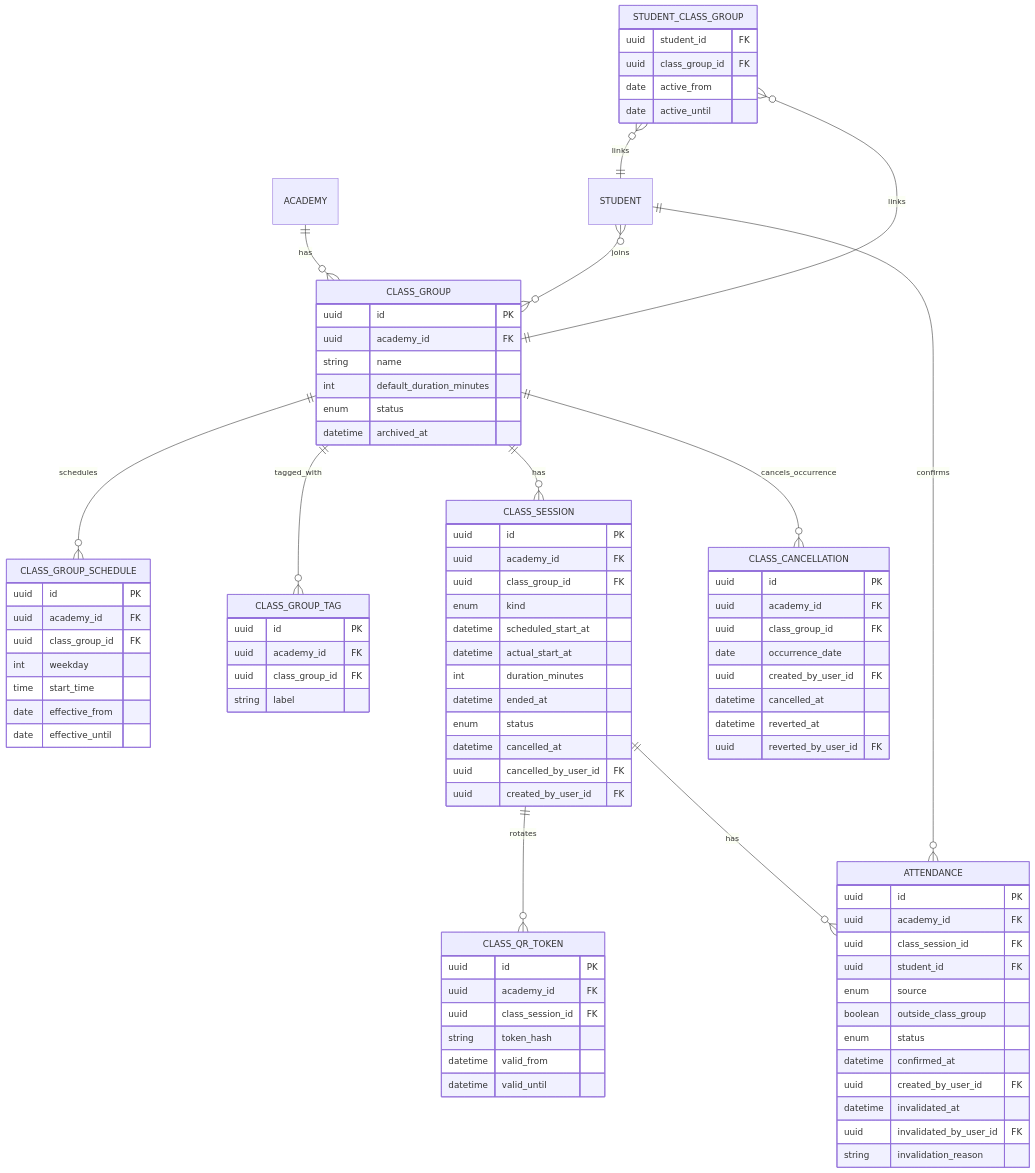
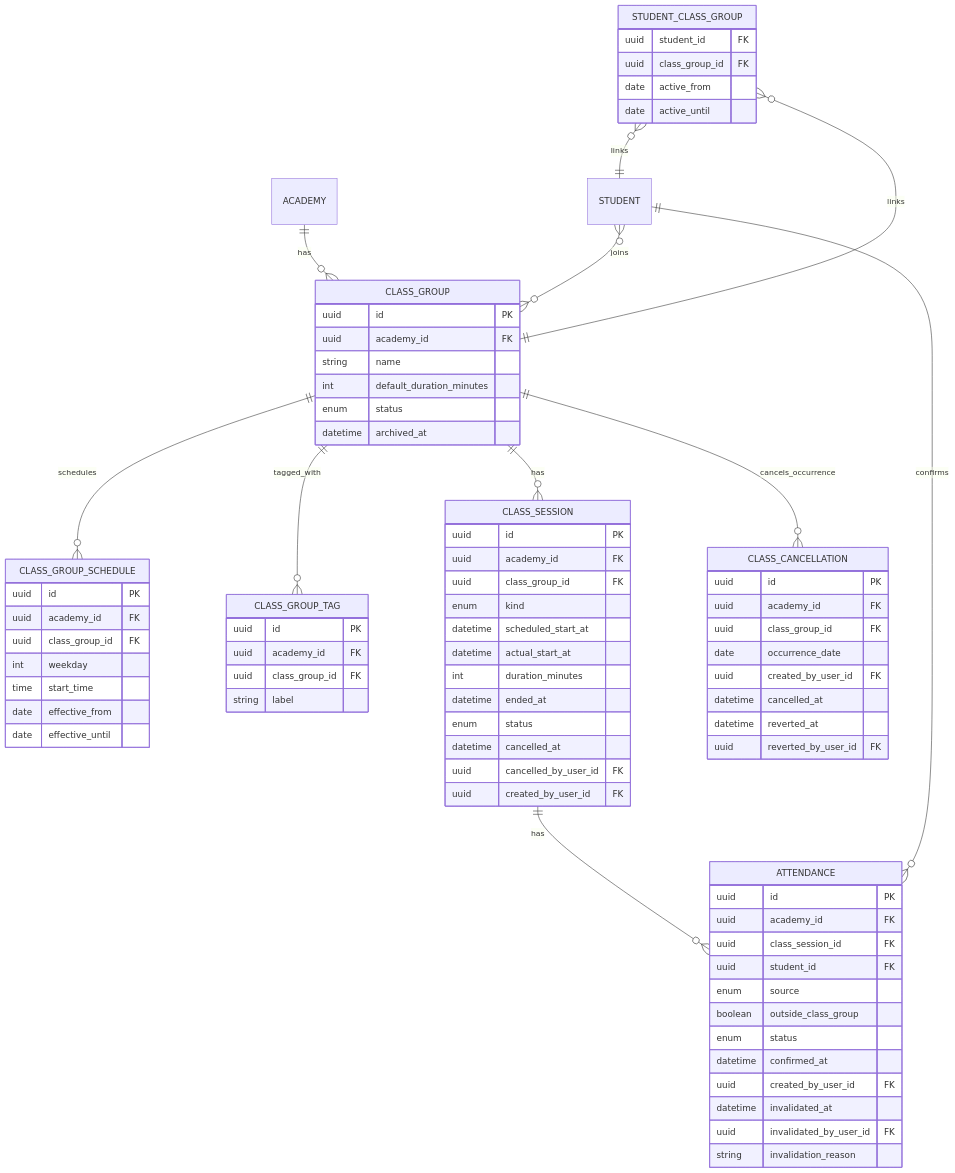
Before and after one commit to marcosgenesis/tatamiq: the third of 13 diagrams in docs/architecture/diagrams-v0.md, drawn with Mermaid. The commit also changed other lines of this file and 5 other files, not shown here.

````diff
--- a/docs/architecture/diagrams-v0.md
+++ b/docs/architecture/diagrams-v0.md
@@ -179,15 +179,6 @@
     uuid reverted_by_user_id FK
   }
 
-  CLASS_QR_TOKEN {
-    uuid id PK
-    uuid academy_id FK
-    uuid class_session_id FK
-    string token_hash
-    datetime valid_from
-    datetime valid_until
-  }
-
   ATTENDANCE {
     uuid id PK
     uuid academy_id FK
@@ -211,7 +202,6 @@
   STUDENT_CLASS_GROUP }o--|| CLASS_GROUP : links
   CLASS_GROUP ||--o{ CLASS_SESSION : has
   CLASS_GROUP ||--o{ CLASS_CANCELLATION : cancels_occurrence
-  CLASS_SESSION ||--o{ CLASS_QR_TOKEN : rotates
   CLASS_SESSION ||--o{ ATTENDANCE : has
   STUDENT ||--o{ ATTENDANCE : confirms
 ```
````
